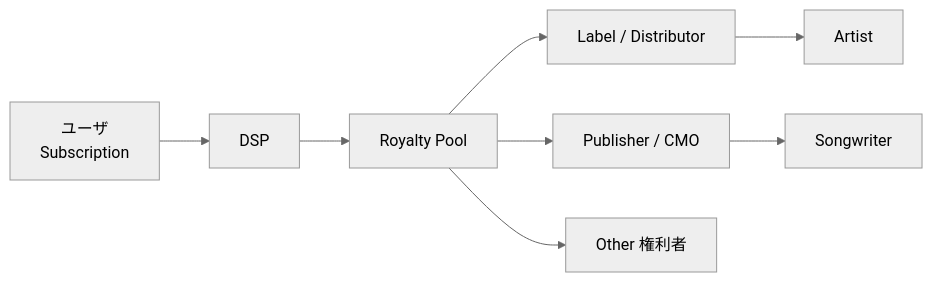
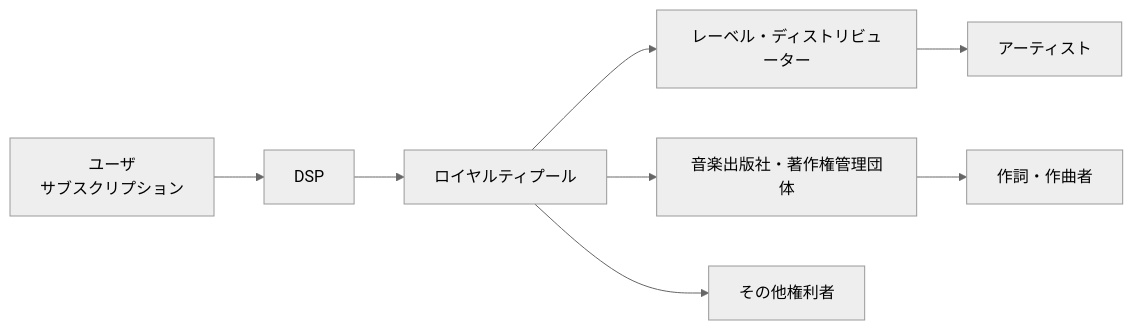
The third of 11 diagrams in docs/whitepaper/02-market.md (ShigeichiroYamasaki/creator-first-platform), drawn with Mermaid (neutral theme) before and after one commit. The commit also changed other lines of this file and 72 other files, not shown here.

````diff
--- a/docs/whitepaper/02-market.md
+++ b/docs/whitepaper/02-market.md
@@ -111,13 +111,13 @@
 ```mermaid
 flowchart LR
-    U[ユーザ<br/>Subscription] --> DSP[DSP]
+    U[ユーザ<br/>サブスクリプション] --> DSP[DSP]
 
-    DSP --> POOL[Royalty Pool]
+    DSP --> POOL[ロイヤルティプール]
 
-    POOL --> LABEL[Label / Distributor]
-    POOL --> PUB[Publisher / CMO]
-    POOL --> OTHER[Other 権利者]
+    POOL --> LABEL[レーベル・ディストリビューター]
+    POOL --> PUB[音楽出版社・著作権管理団体]
+    POOL --> OTHER[その他権利者]
 
-    LABEL --> ARTIST[Artist]
-    PUB --> WRITER[Songwriter]
+    LABEL --> ARTIST[アーティスト]
+    PUB --> WRITER[作詞・作曲者]
 ```
````
